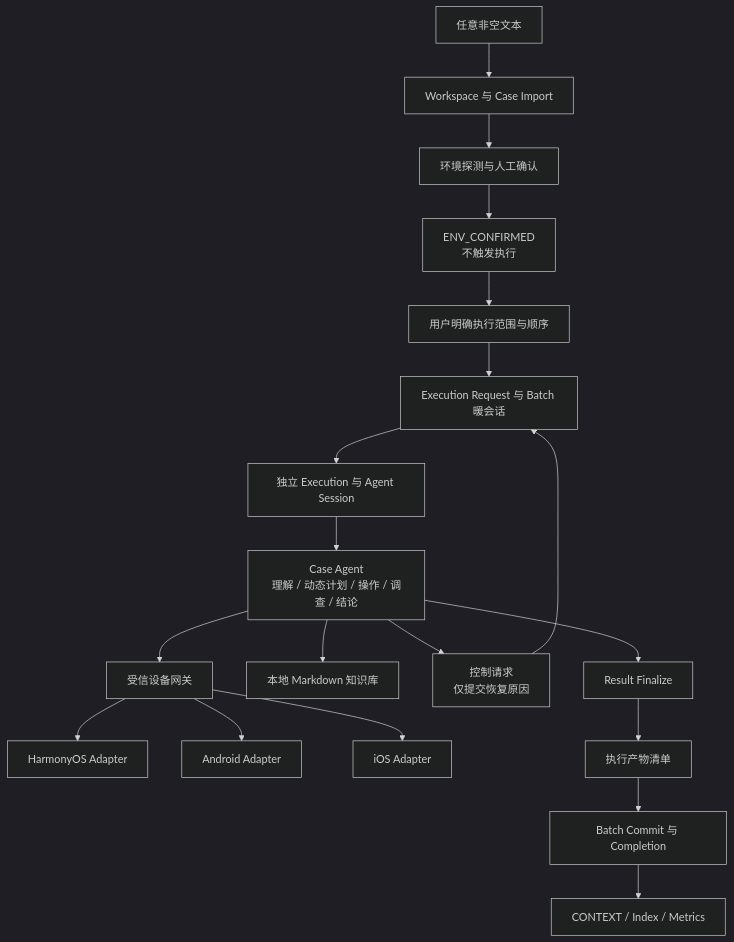
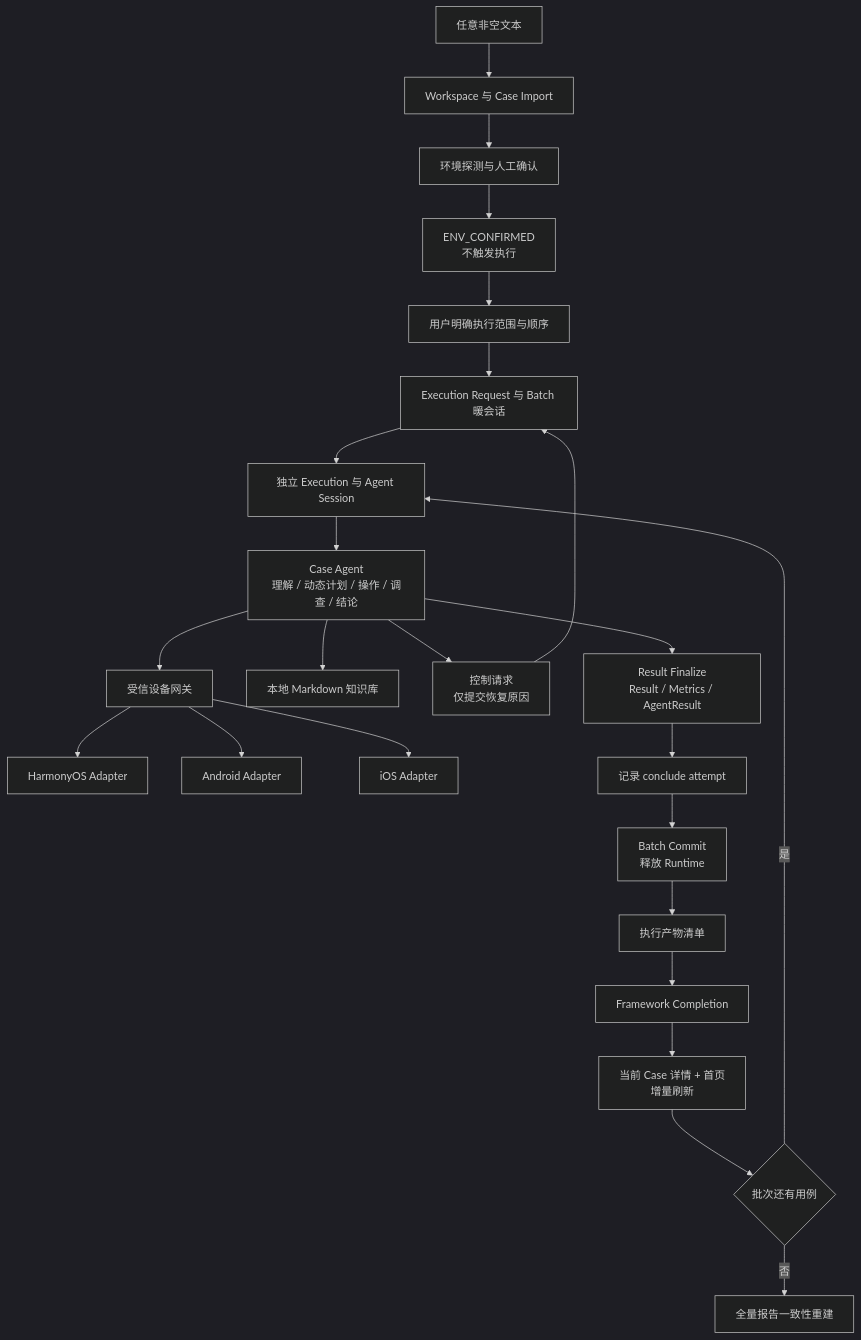
The first of 3 diagrams in skills/mobile-ai-visual-test/docs/architecture.md (lianghuihui-plus/DevKit), drawn with Mermaid (dark theme) before and after one commit. The commit also changed other lines of this file and 88 other files, not shown here.

````diff
--- a/skills/mobile-ai-visual-test/docs/architecture.md
+++ b/skills/mobile-ai-visual-test/docs/architecture.md
@@ -18,21 +18,26 @@
 ```mermaid
 flowchart TD
   U["任意非空文本"] --> W["Workspace 与 Case Import"]
   W --> P["环境探测与人工确认"]
   P --> E["ENV_CONFIRMED<br/>不触发执行"]
   E --> Q["用户明确执行范围与顺序"]
   Q --> B["Execution Request 与 Batch 暖会话"]
   B --> X["独立 Execution 与 Agent Session"]
   X --> A["Case Agent<br/>理解 / 动态计划 / 操作 / 调查 / 结论"]
   A --> G["受信设备网关"]
   G --> H["HarmonyOS Adapter"]
   G --> D["Android Adapter"]
   G --> I["iOS Adapter"]
   A --> K["本地 Markdown 知识库"]
   A --> Y["控制请求<br/>仅提交恢复原因"]
   Y --> B
-  A --> F["Result Finalize"]
-  F --> L["执行产物清单"]
-  L --> C["Batch Commit 与 Completion"]
-  C --> R["CONTEXT / Index / Metrics"]
+  A --> F["Result Finalize<br/>Result / Metrics / AgentResult"]
+  F --> J["记录 conclude attempt"]
+  J --> C["Batch Commit<br/>释放 Runtime"]
+  C --> L["执行产物清单"]
+  L --> O["Framework Completion"]
+  O --> R["当前 Case 详情 + 首页<br/>增量刷新"]
+  R --> N{"批次还有用例"}
+  N -- "是" --> X
+  N -- "否" --> Z["全量报告一致性重建"]
 ```
````
